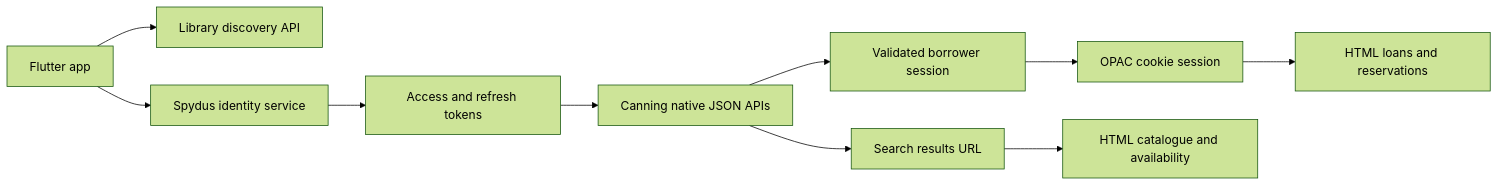
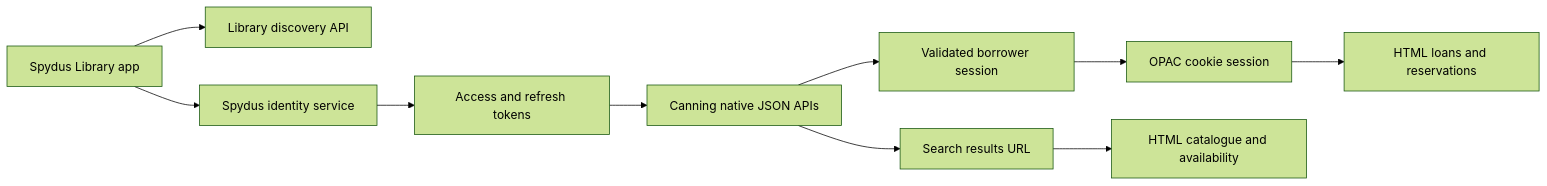
One commit to endigo/libre-spydus changed the diagram in README.md. Above: the diagram before and after it, drawn with Mermaid (forest theme). The commit also changed other lines of this file and 150 other files, not shown here.

First line of the commit message:
Drop the Flutter app and the Bun middleware

````diff
--- a/README.md
+++ b/README.md
@@ -7,12 +7,12 @@
 ```mermaid
 flowchart LR
-  App[Flutter app] --> Discovery[Library discovery API]
+  App[Spydus Library app] --> Discovery[Library discovery API]
   App --> Identity[Spydus identity service]
   Identity --> Tokens[Access and refresh tokens]
   Tokens --> Native[Canning native JSON APIs]
   Native --> Session[Validated borrower session]
   Session --> Web[OPAC cookie session]
   Web --> Account[HTML loans and reservations]
   Native --> Search[Search results URL]
   Search --> Catalogue[HTML catalogue and availability]
 ```
````
